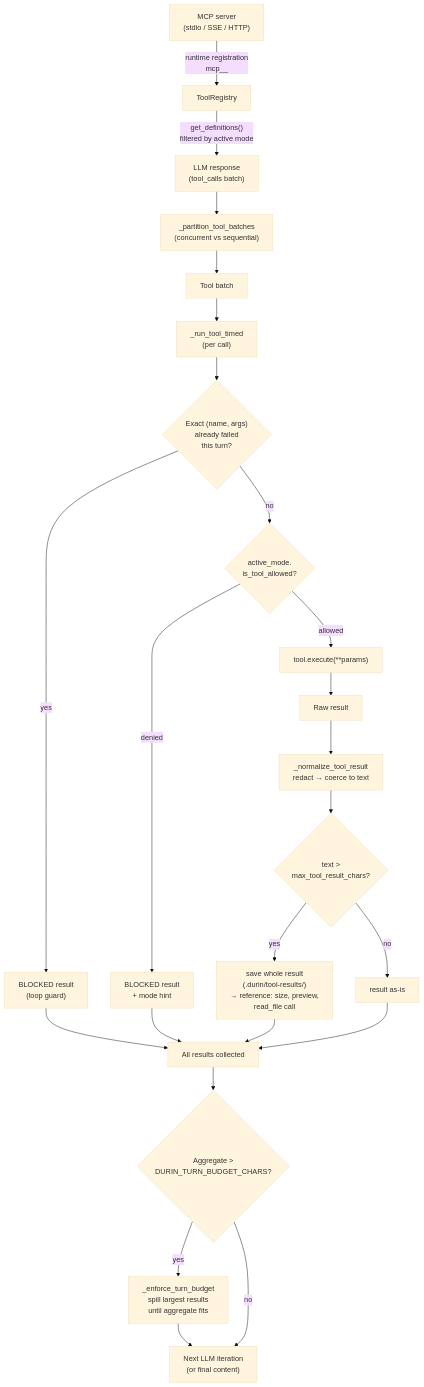
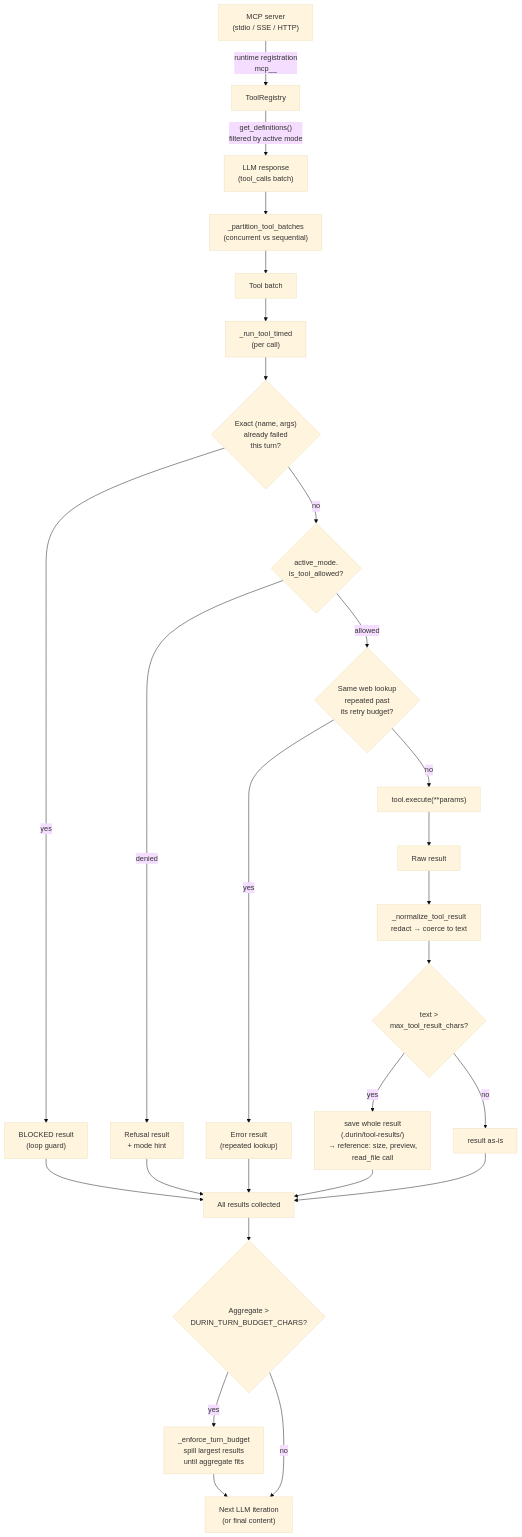
One commit to mmarmol/durin changed the diagram in docs/internals/tools.md. Above: the diagram before and after it, drawn with Mermaid (base theme). The commit also changed other lines of this file and 38 other files, not shown here.

````diff
--- a/docs/internals/tools.md
+++ b/docs/internals/tools.md
@@ -124,34 +127,37 @@
 ```mermaid
 flowchart TD
     LLM["LLM response\n(tool_calls batch)"] --> PARTITION["_partition_tool_batches\n(concurrent vs sequential)"]
     PARTITION --> BATCH["Tool batch"]
 
     BATCH --> RT["_run_tool_timed\n(per call)"]
 
     RT --> LOOP_CHECK{"Exact (name, args)\nalready failed\nthis turn?"}
     LOOP_CHECK -->|yes| LOOP_BLOCKED["BLOCKED result\n(loop guard)"]
     LOOP_CHECK -->|no| MODE_CHECK{"active_mode.\nis_tool_allowed?"}
 
-    MODE_CHECK -->|denied| MODE_BLOCKED["BLOCKED result\n+ mode hint"]
-    MODE_CHECK -->|allowed| EXEC["tool.execute(**params)"]
+    MODE_CHECK -->|denied| MODE_BLOCKED["Refusal result\n+ mode hint"]
+    MODE_CHECK -->|allowed| LOOKUP_CHECK{"Same web lookup\nrepeated past\nits retry budget?"}
+    LOOKUP_CHECK -->|yes| LOOKUP_BLOCKED["Error result\n(repeated lookup)"]
+    LOOKUP_CHECK -->|no| EXEC["tool.execute(**params)"]
 
     EXEC --> RAW["Raw result"]
     RAW --> NORM["_normalize_tool_result\nredact → coerce to text"]
     NORM --> SPILL{"text >\nmax_tool_result_chars?"}
     SPILL -->|yes| TRUNCATE["save whole result\n(.durin/tool-results/)\n→ reference: size, preview,\nread_file call"]
     SPILL -->|no| PASS["result as-is"]
 
     TRUNCATE --> RESULTS
     PASS --> RESULTS
     LOOP_BLOCKED --> RESULTS
     MODE_BLOCKED --> RESULTS
+    LOOKUP_BLOCKED --> RESULTS
 
     RESULTS["All results collected"]
     RESULTS --> BUDGET{"Aggregate >\nDURIN_TURN_BUDGET_CHARS?"}
     BUDGET -->|yes| ENFORCE["_enforce_turn_budget\nspill largest results\nuntil aggregate fits"]
     BUDGET -->|no| NEXT
     ENFORCE --> NEXT["Next LLM iteration\n(or final content)"]
 
     MCP_SERVER["MCP server\n(stdio / SSE / HTTP)"] -->|"runtime registration\nmcp_<server>_<tool>"| REGISTRY["ToolRegistry"]
     REGISTRY -->|"get_definitions()\nfiltered by active mode"| LLM
 ```
````
